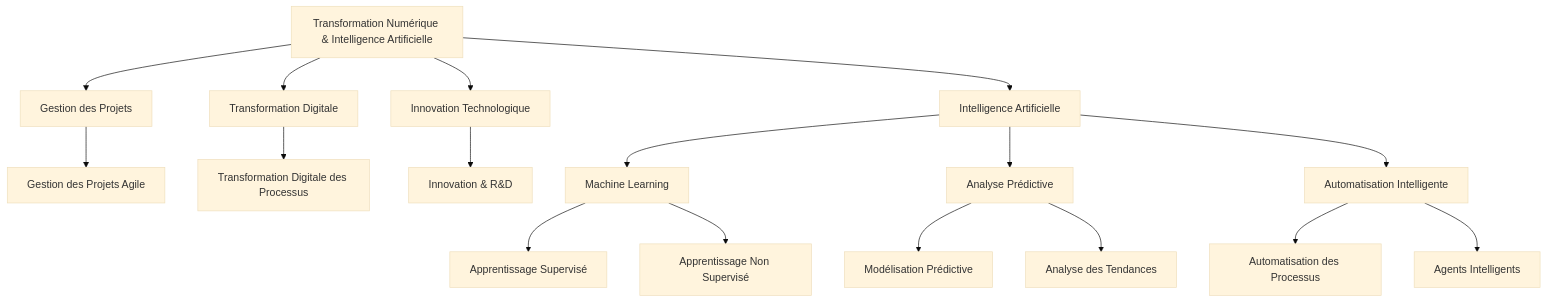
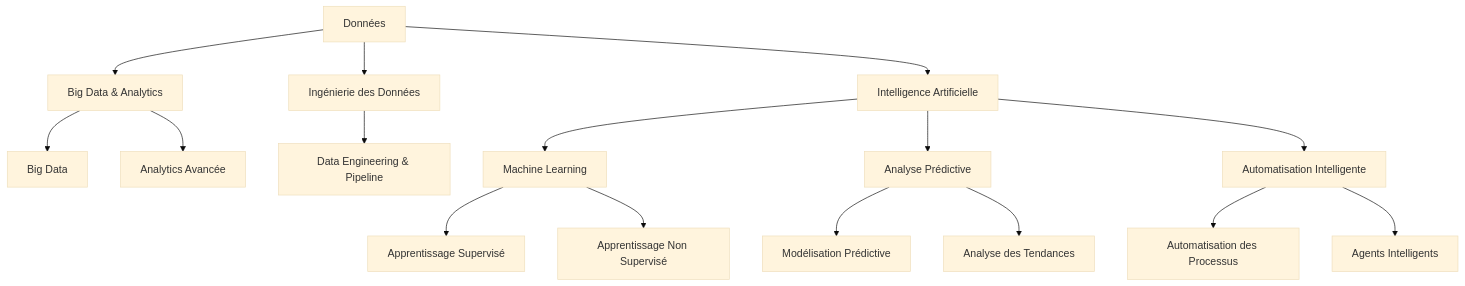
The sixth of 8 diagrams in TestSchema.md (sanogotech/preparationCertificationCCNA), drawn with Mermaid (base theme) before and after one commit. The commit also changed other lines of this file, not shown here.

````diff
--- a/TestSchema.md
+++ b/TestSchema.md
@@ -105,33 +102,30 @@
 ```mermaid
 graph TD
-    G[Transformation Numérique & Intelligence Artificielle] --> G1[Gestion des Projets]
-    G --> G2[Transformation Digitale]
-    G --> G3[Innovation Technologique]
-    G --> I[Intelligence Artificielle]
+    F[Données] --> F1[Big Data & Analytics]
+    F --> F2[Ingénierie des Données]
+    F --> I[Intelligence Artificielle]
 
-    %% Gestion des Projets
-    G1 --> G1a[Gestion des Projets Agile]
+    %% Big Data & Analytics
+    F1 --> F1a[Big Data]
+    F1 --> F1b[Analytics Avancée]
 
-    %% Transformation Digitale
-    G2 --> G2a[Transformation Digitale des Processus]
-
-    %% Innovation Technologique
-    G3 --> G3a[Innovation & R&D]
+    %% Ingénierie des Données
+    F2 --> F2a[Data Engineering & Pipeline]
 
     %% Intelligence Artificielle
     I --> I1[Machine Learning]
     I --> I2[Analyse Prédictive]
     I --> I3[Automatisation Intelligente]
 
     %% Machine Learning
     I1 --> I1a[Apprentissage Supervisé]
     I1 --> I1b[Apprentissage Non Supervisé]
 
     %% Analyse Prédictive
     I2 --> I2a[Modélisation Prédictive]
     I2 --> I2b[Analyse des Tendances]
 
     %% Automatisation Intelligente
     I3 --> I3a[Automatisation des Processus]
     I3 --> I3b[Agents Intelligents]
 ```
````
